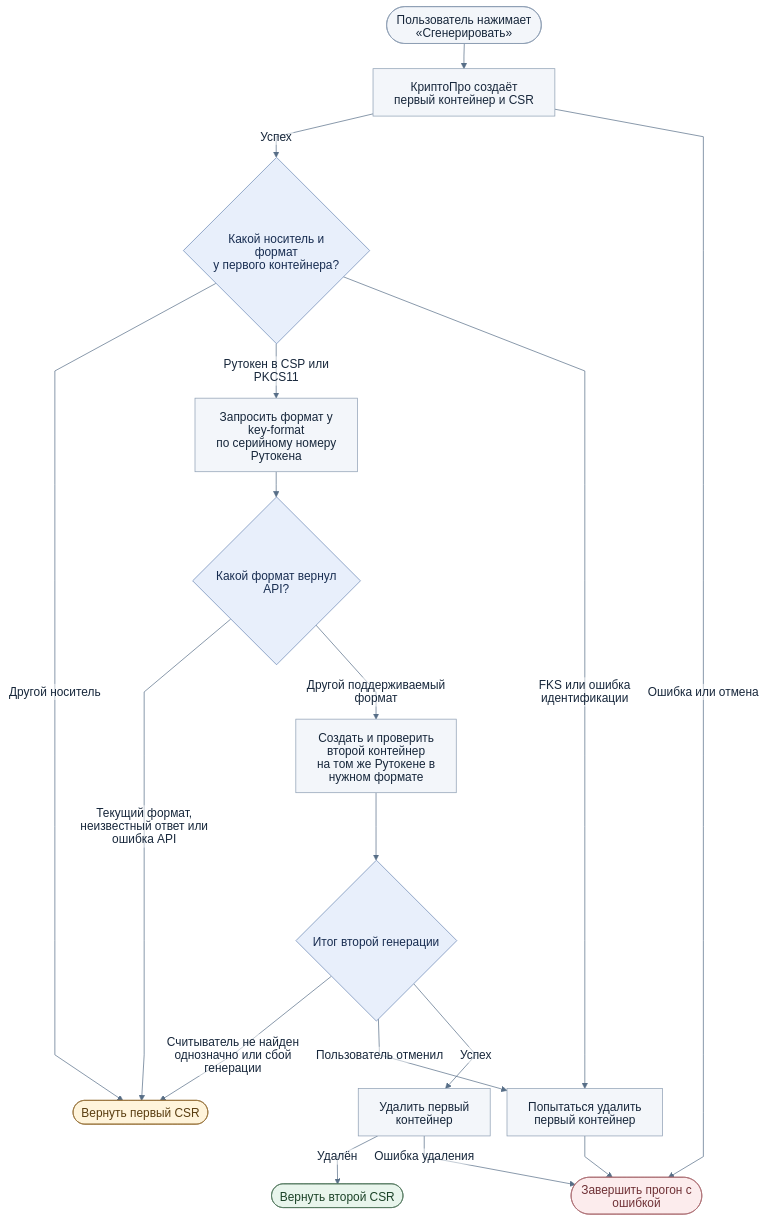
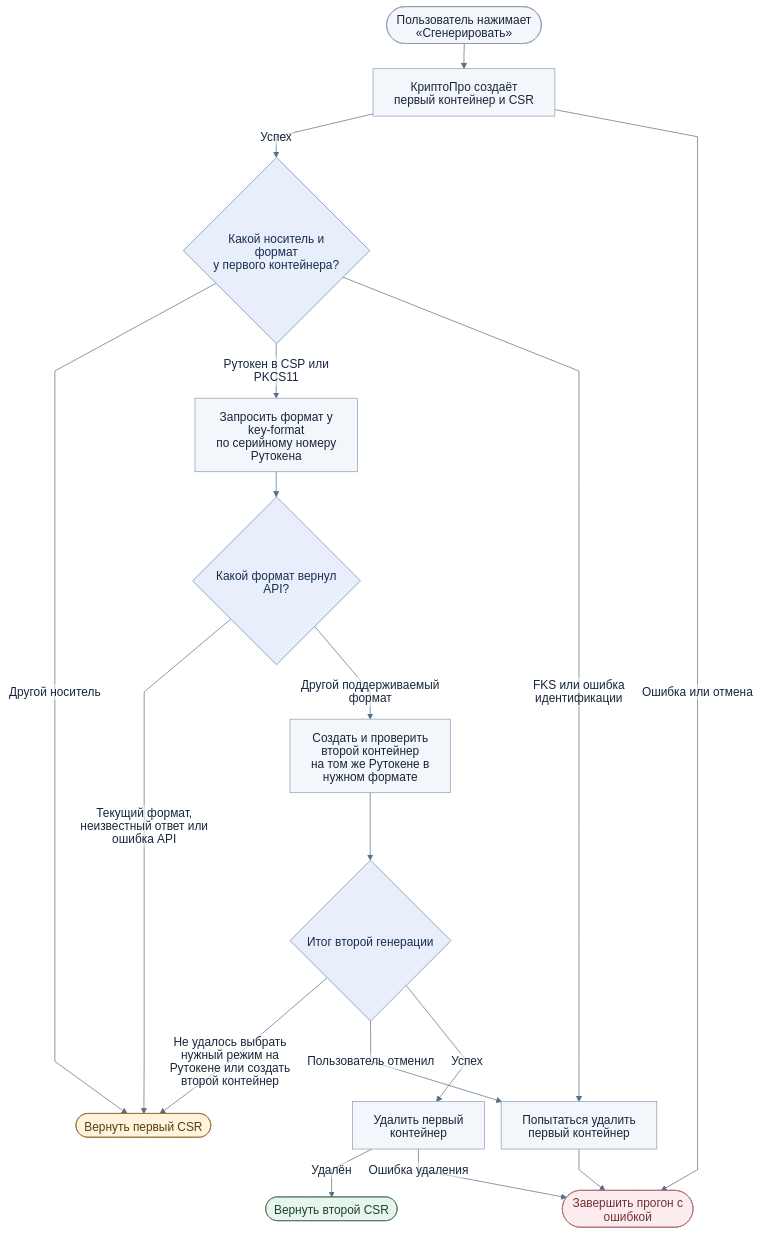
Before and after one commit to psevdomak/crypto-test: the diagram in reissue/reissue-flow.mmd, drawn with Mermaid. The commit also changed 6 other files, not shown here.

Commit message:
Clarify the reader selection fallback in logs and the flowchart

```diff
--- a/reissue/reissue-flow.mmd
+++ b/reissue/reissue-flow.mmd
@@ -1,60 +1,60 @@
 ---
 config:
   theme: base
   htmlLabels: false
   themeCSS: |
     text { font-family: system-ui, sans-serif; }
     .background { fill: #fff; }
   themeVariables:
     fontFamily: 'system-ui, sans-serif'
     fontSize: '17px'
     primaryColor: '#f3f6fa'
     primaryTextColor: '#17273b'
     primaryBorderColor: '#8c9db2'
     lineColor: '#576e87'
     edgeLabelBackground: '#ffffff'
   flowchart:
     curve: linear
     nodeSpacing: 24
     rankSpacing: 36
 ---
 flowchart TD
     accTitle: Динамическая генерация ключей
     accDescr: Выбор формата ключа по серийному номеру Рутокена, повторная генерация, фолбэк и очистка контейнеров.
     START([Пользователь нажимает «Сгенерировать»])
     FIRST["КриптоПро создаёт первый контейнер и CSR"]
     TOKEN{"Какой носитель и формат<br/>у первого контейнера?"}
     API["Запросить формат у key-format<br/>по серийному номеру Рутокена"]
     FORMAT{"Какой формат вернул API?"}
     SECOND["Создать и проверить второй контейнер<br/>на том же Рутокене в нужном формате"]
     RESULT{"Итог второй генерации"}
     CLEAN["Удалить первый контейнер"]
     KEEP([Вернуть первый CSR])
     DONE([Вернуть второй CSR])
     FAIL([Завершить прогон с ошибкой])
 
     START --> FIRST
     FIRST -->|Успех| TOKEN
     FIRST -->|Ошибка или отмена| FAIL
     TOKEN -->|Другой носитель| KEEP
     TOKEN -->|Рутокен в CSP или PKCS11| API
     TOKEN -->|FKS или ошибка идентификации| DROP1["Попытаться удалить первый контейнер"] --> FAIL
 
     API --> FORMAT
     FORMAT -->|Текущий формат, неизвестный ответ или ошибка API| KEEP
     FORMAT -->|Другой поддерживаемый формат| SECOND
     SECOND --> RESULT
-    RESULT -->|Считыватель не найден однозначно или сбой генерации| KEEP
+    RESULT -->|Не удалось выбрать нужный режим на Рутокене или создать второй контейнер| KEEP
     RESULT -->|Пользователь отменил| DROP1
     RESULT -->|Успех| CLEAN
     CLEAN -->|Удалён| DONE
     CLEAN -->|Ошибка удаления| FAIL
 
     classDef choice fill:#e8effb,stroke:#6986b3,color:#182d51
     classDef success fill:#e8f5ec,stroke:#52785d,color:#1c4328
     classDef fallback fill:#fff4db,stroke:#97713a,color:#593d10
     classDef failure fill:#fceced,stroke:#ab6c72,color:#6f3136
     class TOKEN,FORMAT,RESULT choice
     class DONE success
     class KEEP fallback
     class FAIL failure
```
